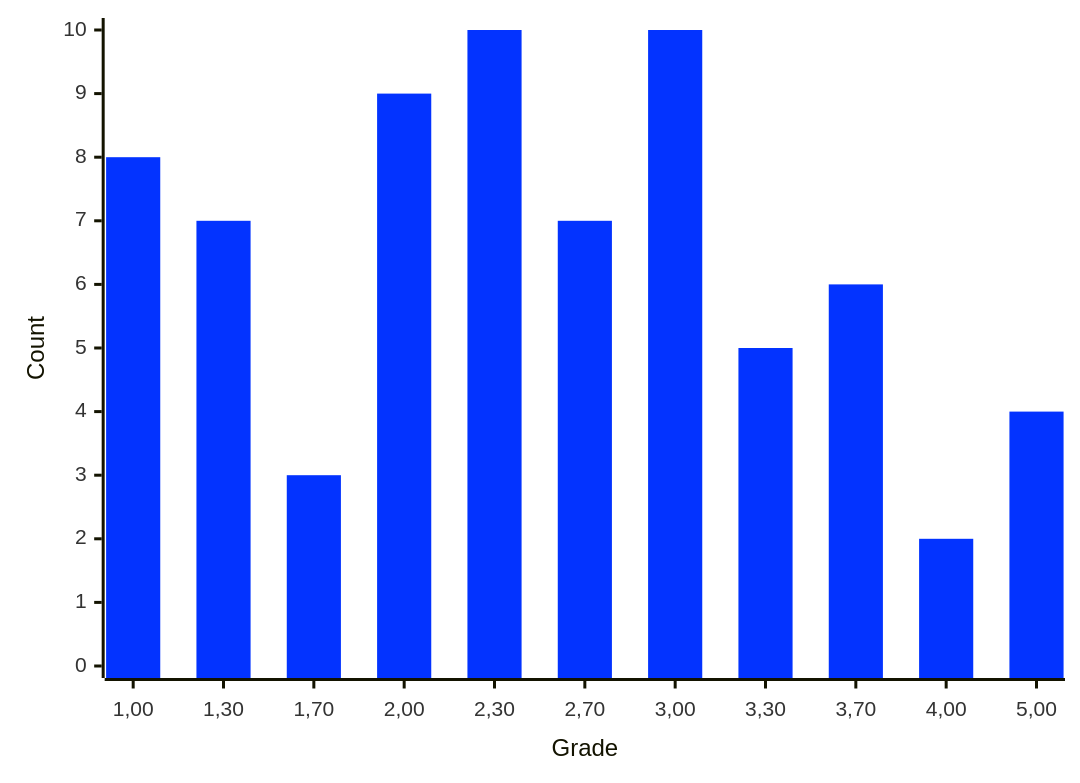
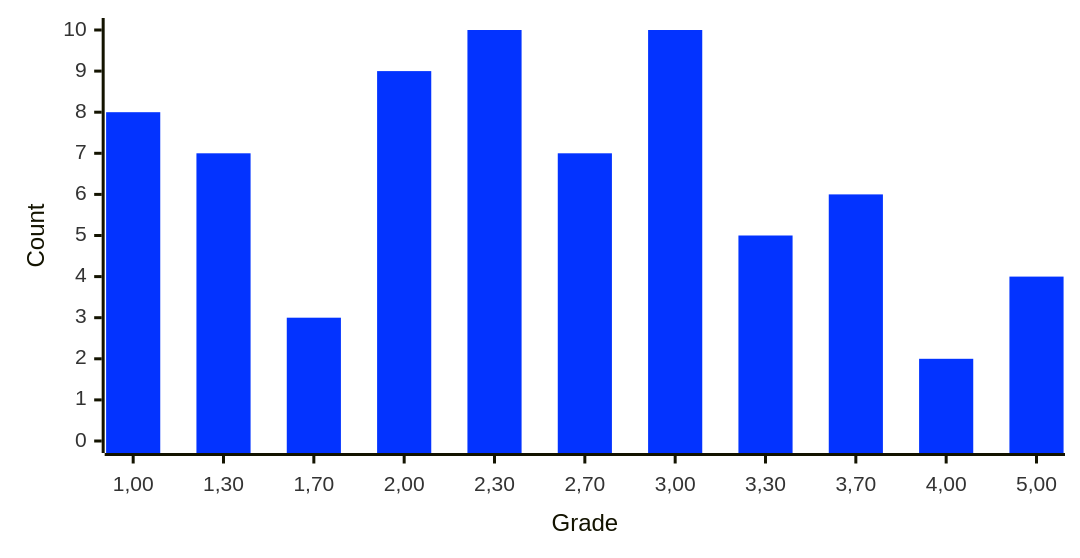
Before and after one commit to awe-hnu/awe-hnu.github.io: the diagram in lectures/IPS/25WT/assignment/index.qmd, drawn with Mermaid. The commit also changed other lines of this file and 20 other files, not shown here.

````diff
--- a/lectures/IPS/25WT/assignment/index.qmd
+++ b/lectures/IPS/25WT/assignment/index.qmd
@@ -170,16 +171,9 @@
 ```{mermaid}
----
-config:
-    themeVariables:
-        xyChart:
-            backgroundColor: "white"
-            titleColor: "#0333ff"
-            xAxisLabelColor: "#333"
-            yAxisLabelColor: "#333"
-            plotColorPalette: "#0333ff, #0333ff, #0333ff, #0333ff, #0333ff, #0333ff, #0333ff, #0333ff, #0333ff, #0333ff, #0333ff"
----
+%%{init: {'theme':'base', 'themeVariables': { 'xyChart': {'backgroundColor': 'transparent', 'titleColor': '#0333ff', 
+'xAxisLabelColor': '#333', 'yAxisLabelColor': '#333', 'plotColorPalette': '#0333ff'}}, 'xyChart': {'width': 700, 
+'height': 350}}}%%
 xychart-beta
     x-axis "Grade" ["1,00", "1,30", "1,70", "2,00", "2,30", "2,70", "3,00", "3,30", "3,70", "4,00", "5,00"]
     y-axis "Count" 0 --> 10
     bar [8, 7, 3, 9, 10, 7, 10, 5, 6, 2, 4]
 ```
````
